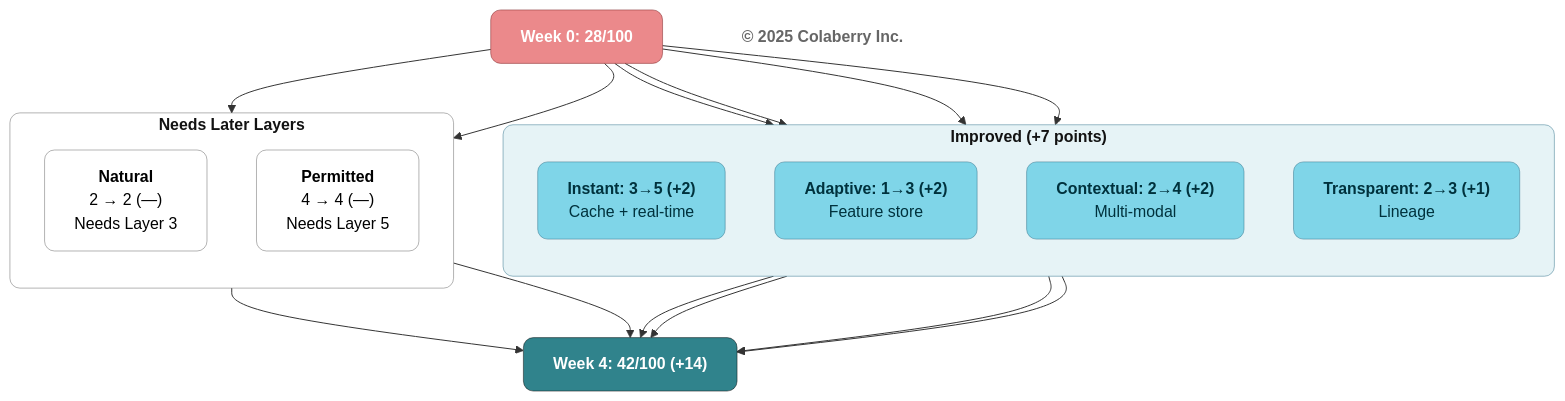
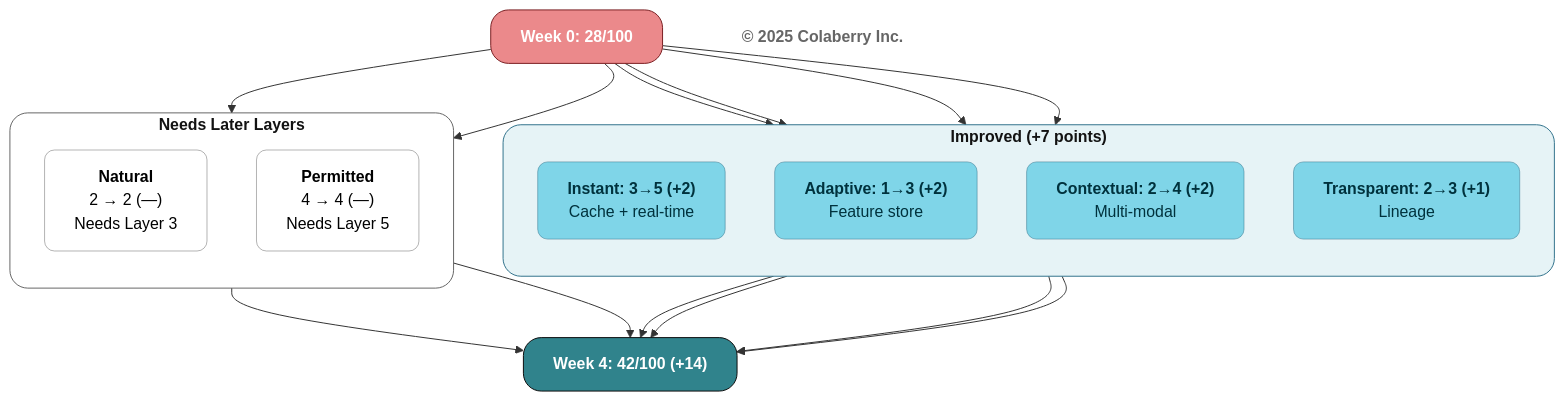
One commit to saitejesh-cyber/trust-before-intelligence-book changed diagram 11 of 11 in manuscript/05_chapter_4_foundation_layers.md. Above: the diagram before and after it, drawn with Mermaid. The commit also changed other lines of this file and 12 other files, not shown here.

````diff
--- a/manuscript/05_chapter_4_foundation_layers.md
+++ b/manuscript/05_chapter_4_foundation_layers.md
@@ -1147,38 +1147,38 @@
 ```mermaid
 graph TB
     BEFORE["<b>Week 0: 28/100</b>"]
     AFTER["<b>Week 4: 42/100 (+14)</b>"]
     
     subgraph IMPROVED["<b>Improved (+7 points)</b>"]
         direction TB
         A1["<b>Instant: 3→5 (+2)</b><br/>Cache + real-time"]
         A4["<b>Adaptive: 1→3 (+2)</b><br/>Feature store"]
         A5["<b>Contextual: 2→4 (+2)</b><br/>Multi-modal"]
         A6["<b>Transparent: 2→3 (+1)</b><br/>Lineage"]
     end
     
     subgraph LATER["<b>Needs Later Layers</b>"]
         direction TB
         B2["<b>Natural</b><br/>2 → 2 (—)<br/>Needs Layer 3"]
         B3["<b>Permitted</b><br/>4 → 4 (—)<br/>Needs Layer 5"]
     end
     
     Copyright["<b>© 2025 Colaberry Inc.</b>"]
     
     BEFORE --> A1 & A4 & A5 & A6
     BEFORE --> B2 & B3
     A1 & A4 & A5 & A6 --> AFTER
     B2 & B3 --> AFTER
     
-    style BEFORE fill:#EB898B,color:#ffffff,stroke:#7A1F22,stroke-width:0.5px,rx:10,ry:10
-    style IMPROVED fill:#E6F3F6,stroke:#32738C,stroke-width:0.5px,color:#121212,rx:10,ry:10
+    style BEFORE fill:#EB898B,color:#ffffff,stroke:#7A1F22,stroke-width:1px,rx:18,ry:18
+    style IMPROVED fill:#E6F3F6,stroke:#32738C,stroke-width:1px,color:#121212,rx:18,ry:18
     style A1 fill:#7FD5E8,stroke:#32738C,stroke-width:0.5px,color:#00323D,rx:10,ry:10
     style A4 fill:#7FD5E8,stroke:#32738C,stroke-width:0.5px,color:#00323D,rx:10,ry:10
     style A5 fill:#7FD5E8,stroke:#32738C,stroke-width:0.5px,color:#00323D,rx:10,ry:10
     style A6 fill:#7FD5E8,stroke:#32738C,stroke-width:0.5px,color:#00323D,rx:10,ry:10
-    style LATER fill:#ffffff,stroke:#666666,stroke-width:0.5px,color:#121212,rx:10,ry:10
+    style LATER fill:#ffffff,stroke:#666666,stroke-width:1px,color:#121212,rx:18,ry:18
     style B2 fill:#ffffff,stroke:#666666,stroke-width:0.5px,color:#000000,rx:10,ry:10
     style B3 fill:#ffffff,stroke:#666666,stroke-width:0.5px,color:#000000,rx:10,ry:10
-    style AFTER fill:#30838C,color:#ffffff,stroke:#0D0D0D,stroke-width:0.5px,rx:10,ry:10
+    style AFTER fill:#30838C,color:#ffffff,stroke:#0D0D0D,stroke-width:1px,rx:18,ry:18
     style Copyright fill:none,stroke:none,color:#666666
 ```
````
